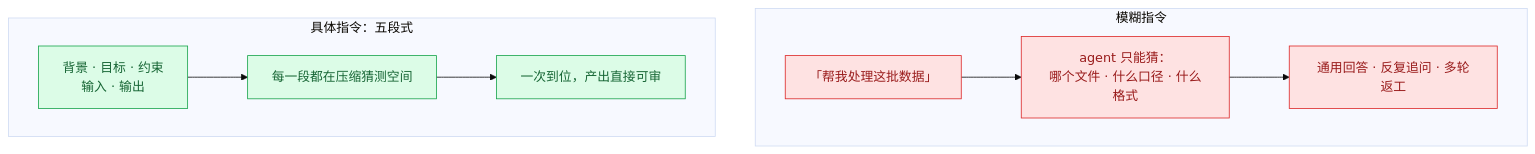
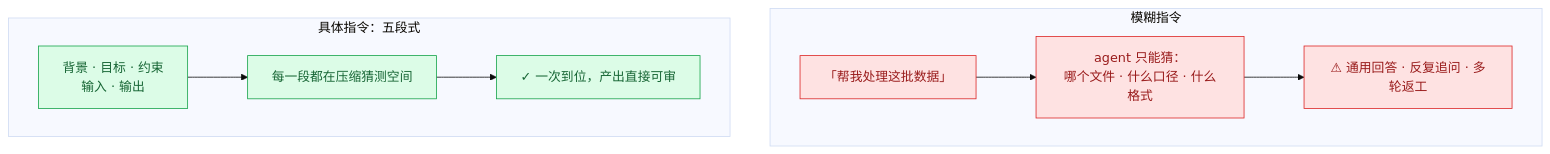
The ninth of 12 diagrams in ppt/ppt2-advanced/opencode-advanced-techniques.md (masonsxu/notes), drawn with Mermaid (base theme) before and after one commit. The commit also changed other lines of this file and 1 other file, not shown here.

First line of the commit message:
refactor: 依 design-doc-mermaid 标准重检全部图表（17→22 张）

````diff
--- a/ppt/ppt2-advanced/opencode-advanced-techniques.md
+++ b/ppt/ppt2-advanced/opencode-advanced-techniques.md
@@ -366,14 +415,14 @@
 ```mermaid
 flowchart TB
     classDef risk fill:#FEE2E2,stroke:#DC2626,color:#991B1B
     classDef gate fill:#DCFCE7,stroke:#16A34A,color:#166534
 
     subgraph M["模糊指令"]
         M1["「帮我处理这批数据」"]:::risk --> M2["agent 只能猜：<br/>哪个文件 · 什么口径 · 什么格式"]:::risk
-        M2 --> M3["通用回答 · 反复追问 · 多轮返工"]:::risk
+        M2 --> M3["⚠ 通用回答 · 反复追问 · 多轮返工"]:::risk
     end
     subgraph S["具体指令：五段式"]
         S1["背景 · 目标 · 约束<br/>输入 · 输出"]:::gate --> S2["每一段都在压缩猜测空间"]:::gate
-        S2 --> S3["一次到位，产出直接可审"]:::gate
+        S2 --> S3["✓ 一次到位，产出直接可审"]:::gate
     end
 ```
````
